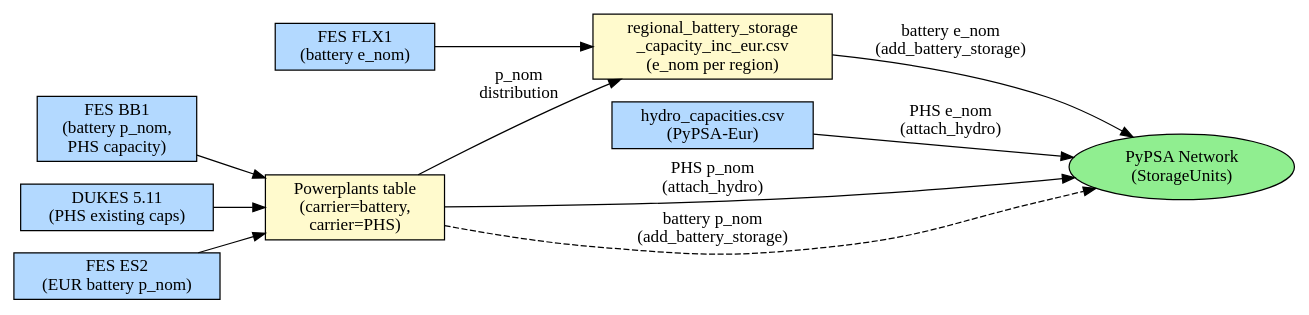
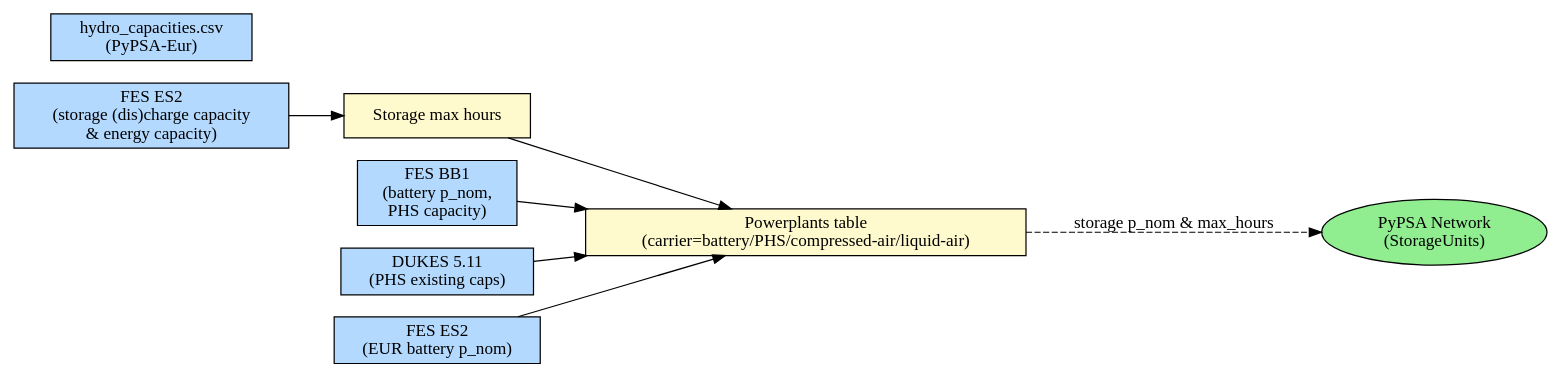
Before and after one commit to open-energy-transition/gb-dispatch-model: the diagram in doc/gb-model/system_storage.rst, drawn with Graphviz. The commit also changed other lines of this file and 15 other files, not shown here.

```diff
--- a/doc/gb-model/system_storage.rst
+++ b/doc/gb-model/system_storage.rst
@@ -34,27 +33,23 @@
 .. graphviz::
 
    digraph {
       rankdir=LR;
       node [shape=box, style=filled];
-
-      fes_flx1   [label="FES FLX1\n(battery e_nom)", fillcolor="#B3D9FF"];
+      es1        [label="FES ES2\n(storage (dis)charge capacity\n& energy capacity)", fillcolor="#B3D9FF"];
       fes_bb1    [label="FES BB1\n(battery p_nom,\nPHS capacity)", fillcolor="#B3D9FF"];
       dukes      [label="DUKES 5.11\n(PHS existing caps)", fillcolor="#B3D9FF"];
       es2        [label="FES ES2\n(EUR battery p_nom)", fillcolor="#B3D9FF"];
       hydro_cap  [label="hydro_capacities.csv\n(PyPSA-Eur)", fillcolor="#B3D9FF"];
 
-      ppl         [label="Powerplants table\n(carrier=battery,\ncarrier=PHS)", fillcolor="#FFFACD"];
-      battery_csv [label="regional_battery_storage\n_capacity_inc_eur.csv\n(e_nom per region)", fillcolor="#FFFACD"];
+      ppl         [label="Powerplants table\n(carrier=battery/PHS/compressed-air/liquid-air)", fillcolor="#FFFACD"];
+      max_hours [label="Storage max hours", fillcolor="#FFFACD"];
 
       network [label="PyPSA Network\n(StorageUnits)", fillcolor="#90EE90", shape=ellipse];
 
+      es1       -> max_hours;
       fes_bb1   -> ppl;
       dukes     -> ppl;
       es2       -> ppl;
-      fes_flx1  -> battery_csv;
-      ppl       -> battery_csv [label="p_nom\ndistribution"];
-      ppl       -> network     [label="PHS p_nom\n(attach_hydro)"];
-      battery_csv -> network   [label="battery e_nom\n(add_battery_storage)"];
-      ppl       -> network     [label="battery p_nom\n(add_battery_storage)", style=dashed];
-      hydro_cap -> network     [label="PHS e_nom\n(attach_hydro)"];
+      max_hours -> ppl;
+      ppl       -> network     [label="storage p_nom & max_hours", style=dashed];
    }
```
